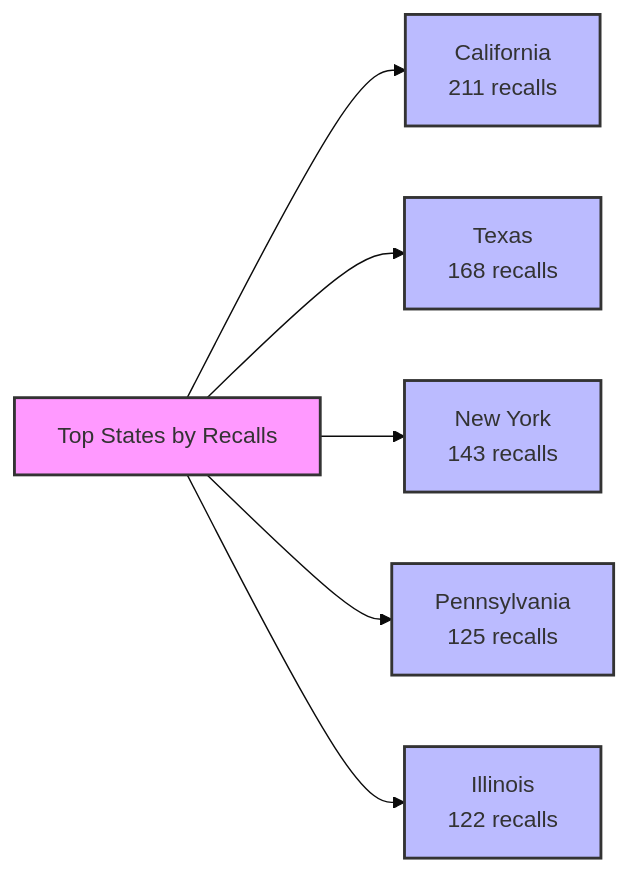
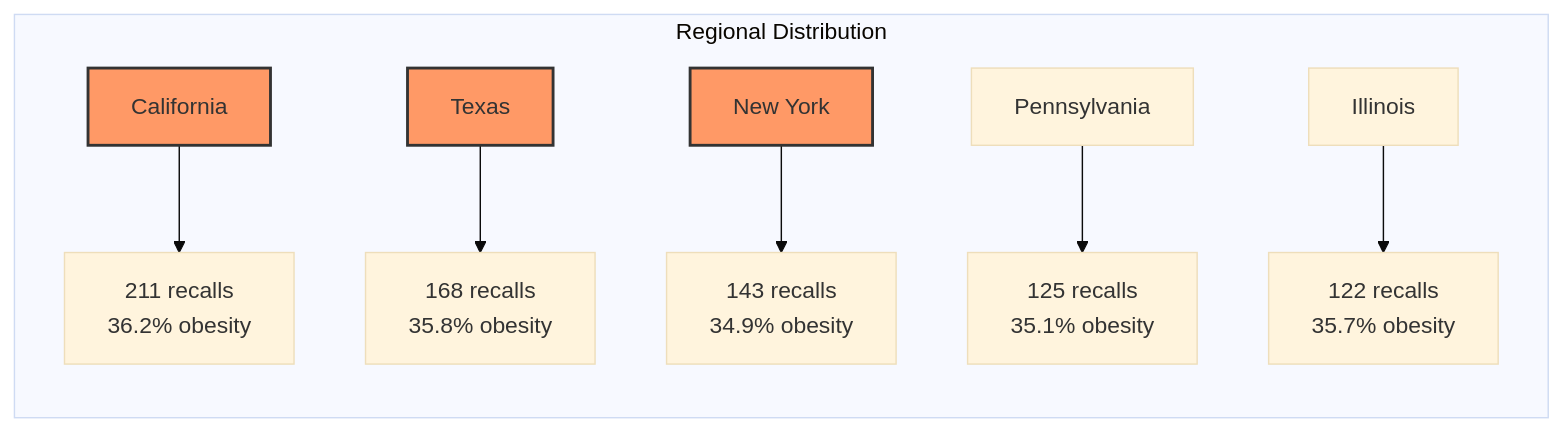
One commit to gsinghjay/data-dashboard changed the fourth of 22 diagrams in README.md. Above: the diagram before and after it, drawn with Mermaid (base theme). The commit also changed other lines of this file, not shown here.

````diff
--- a/README.md
+++ b/README.md
@@ -189,15 +63,14 @@
 ```mermaid
 graph LR
-    A[Top States by Recalls] --> B[California<br/>211 recalls]
-    A --> C[Texas<br/>168 recalls]
-    A --> D[New York<br/>143 recalls]
-    A --> E[Pennsylvania<br/>125 recalls]
-    A --> F[Illinois<br/>122 recalls]
+    subgraph "Regional Distribution"
+        A[California] --> B[211 recalls<br/>36.2% obesity]
+        C[Texas] --> D[168 recalls<br/>35.8% obesity]
+        E[New York] --> F[143 recalls<br/>34.9% obesity]
+        G[Pennsylvania] --> H[125 recalls<br/>35.1% obesity]
+        I[Illinois] --> J[122 recalls<br/>35.7% obesity]
+    end
     
-    style A fill:#f9f,stroke:#333,stroke-width:2px
-    style B fill:#bbf,stroke:#333,stroke-width:2px
-    style C fill:#bbf,stroke:#333,stroke-width:2px
-    style D fill:#bbf,stroke:#333,stroke-width:2px
-    style E fill:#bbf,stroke:#333,stroke-width:2px
-    style F fill:#bbf,stroke:#333,stroke-width:2px
+    style A fill:#f96,stroke:#333,stroke-width:2px
+    style C fill:#f96,stroke:#333,stroke-width:2px
+    style E fill:#f96,stroke:#333,stroke-width:2px
 ```
````
